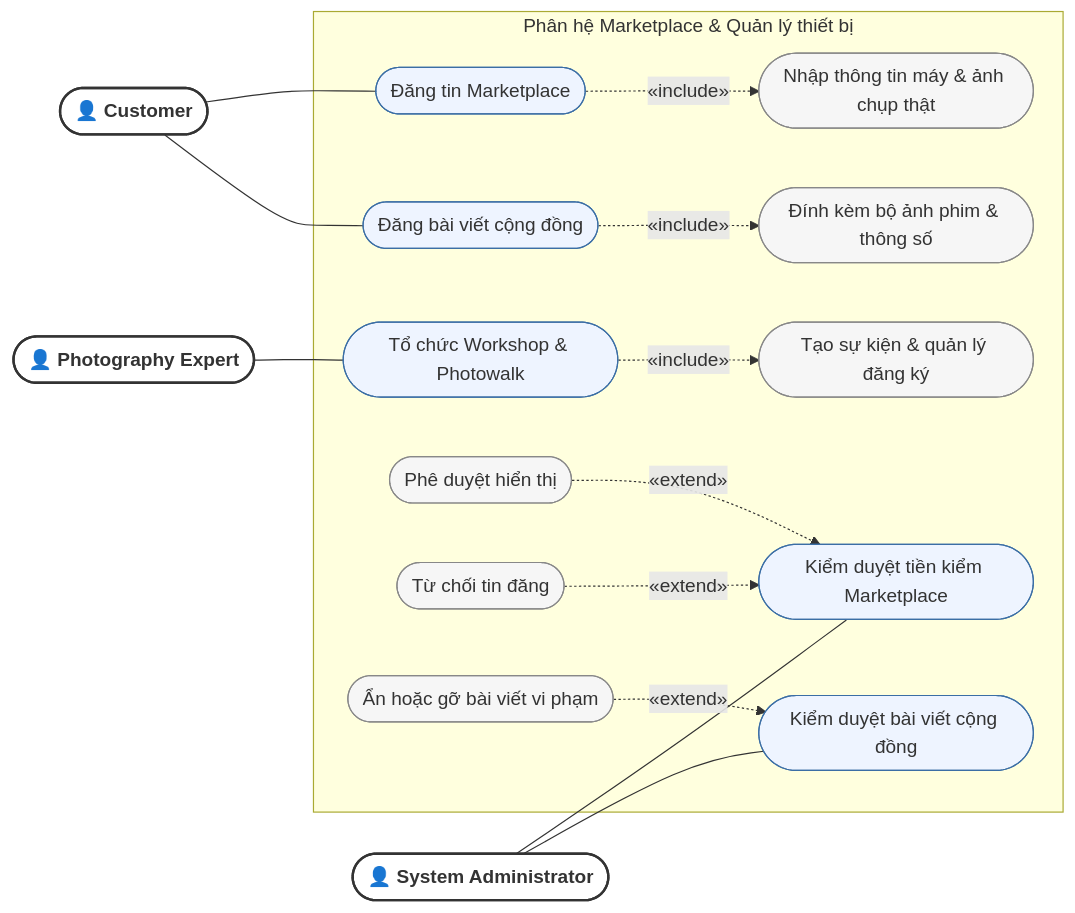
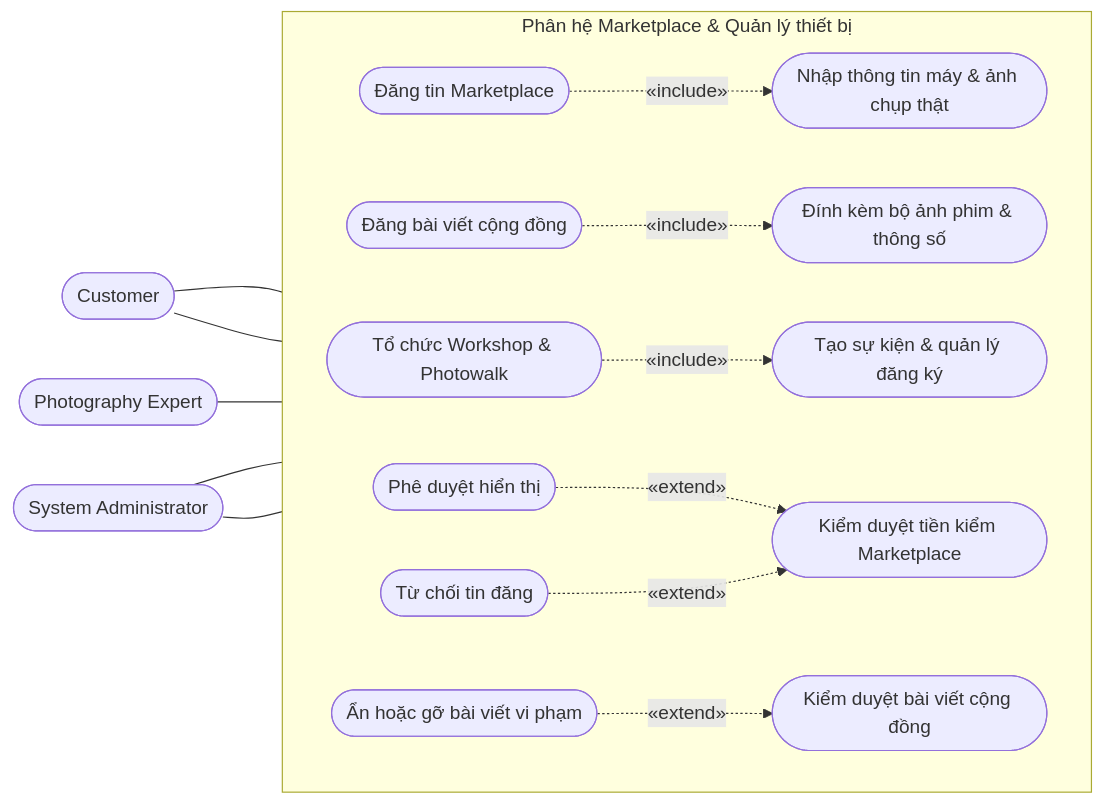
The third of 6 diagrams in doc/week 2/so-do-chuc-nang-nghiep-vu.md (huylamnhat/Photographer-enthusiastic-environment), drawn with Mermaid before and after one commit. The commit also changed other lines of this file, not shown here.

Commit message:
Refactor use case diagrams for clarity and consistency

````diff
--- a/doc/week 2/so-do-chuc-nang-nghiep-vu.md
+++ b/doc/week 2/so-do-chuc-nang-nghiep-vu.md
@@ -138,37 +134,35 @@
 ```mermaid
 flowchart LR
-    classDef actor fill:#fff,stroke:#333,stroke-width:2px,font-weight:bold
-    classDef uc fill:#eef4ff,stroke:#3b6ea5
-    classDef sub fill:#f6f6f6,stroke:#888
 
-    CUS(["👤 Customer"]):::actor
-    EXP(["👤 Photography Expert"]):::actor
-    ADM(["👤 System Administrator"]):::actor
+    CUS([" Customer"])
+    EXP([" Photography Expert"])
+    ADM([" System Administrator"])
 
     subgraph SYS["Phân hệ Marketplace & Quản lý thiết bị"]
-        M1(["Đăng tin Marketplace"]):::uc
-        M1a(["Nhập thông tin máy & ảnh chụp thật"]):::sub
-        M2(["Đăng bài viết cộng đồng"]):::uc
-        M2a(["Đính kèm bộ ảnh phim & thông số"]):::sub
-        M3(["Tổ chức Workshop & Photowalk"]):::uc
-        M3a(["Tạo sự kiện & quản lý đăng ký"]):::sub
+        direction LR
+        M1(["Đăng tin Marketplace"])
+        M1a(["Nhập thông tin máy & ảnh chụp thật"])
+        M2(["Đăng bài viết cộng đồng"])
+        M2a(["Đính kèm bộ ảnh phim & thông số"])
+        M3(["Tổ chức Workshop & Photowalk"])
+        M3a(["Tạo sự kiện & quản lý đăng ký"])
 
-        K1(["Kiểm duyệt tiền kiểm Marketplace"]):::uc
-        K1a(["Phê duyệt hiển thị"]):::sub
-        K1b(["Từ chối tin đăng"]):::sub
-        K2(["Kiểm duyệt bài viết cộng đồng"]):::uc
-        K2a(["Ẩn hoặc gỡ bài viết vi phạm"]):::sub
+        K1(["Kiểm duyệt tiền kiểm Marketplace"])
+        K1a(["Phê duyệt hiển thị"])
+        K1b(["Từ chối tin đăng"])
+        K2(["Kiểm duyệt bài viết cộng đồng"])
+        K2a(["Ẩn hoặc gỡ bài viết vi phạm"])
     end
 
     CUS --- M1 & M2
     EXP --- M3
     ADM --- K1 & K2
 
     M1 -.->|«include»| M1a
     M2 -.->|«include»| M2a
     M3 -.->|«include»| M3a
 
     K1a -.->|«extend»| K1
     K1b -.->|«extend»| K1
     K2a -.->|«extend»| K2
 ```
````
